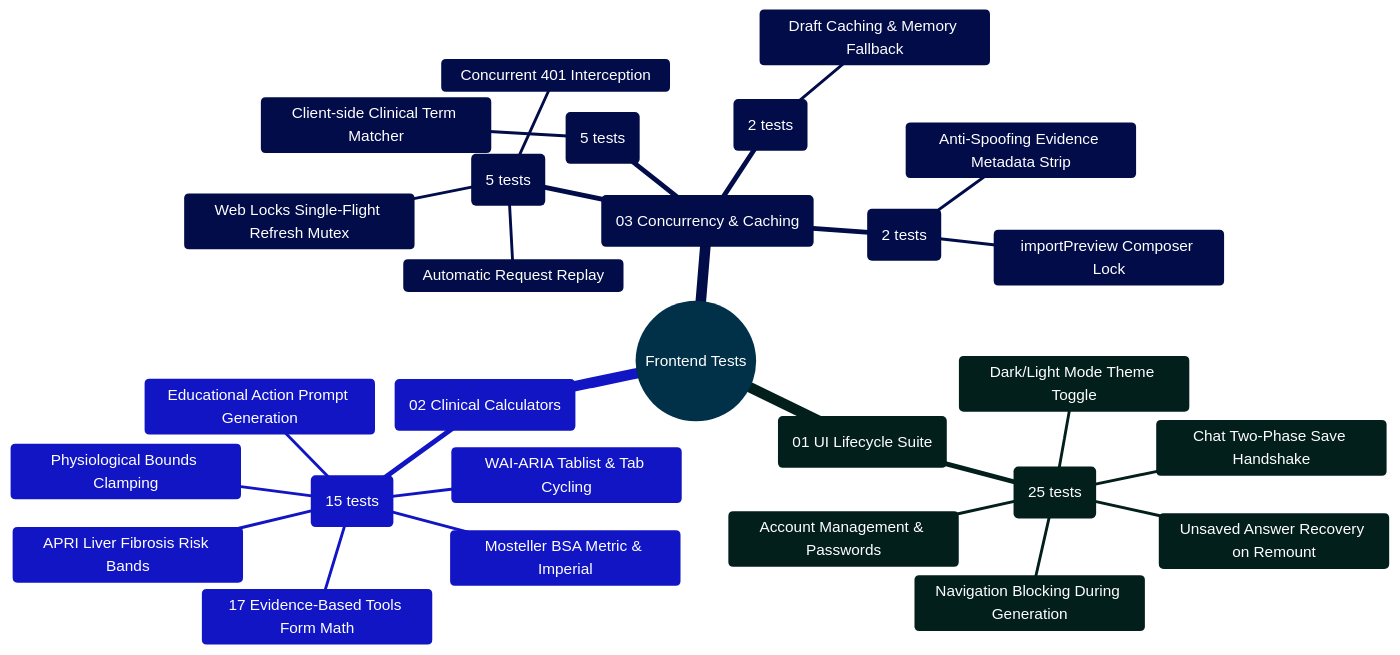
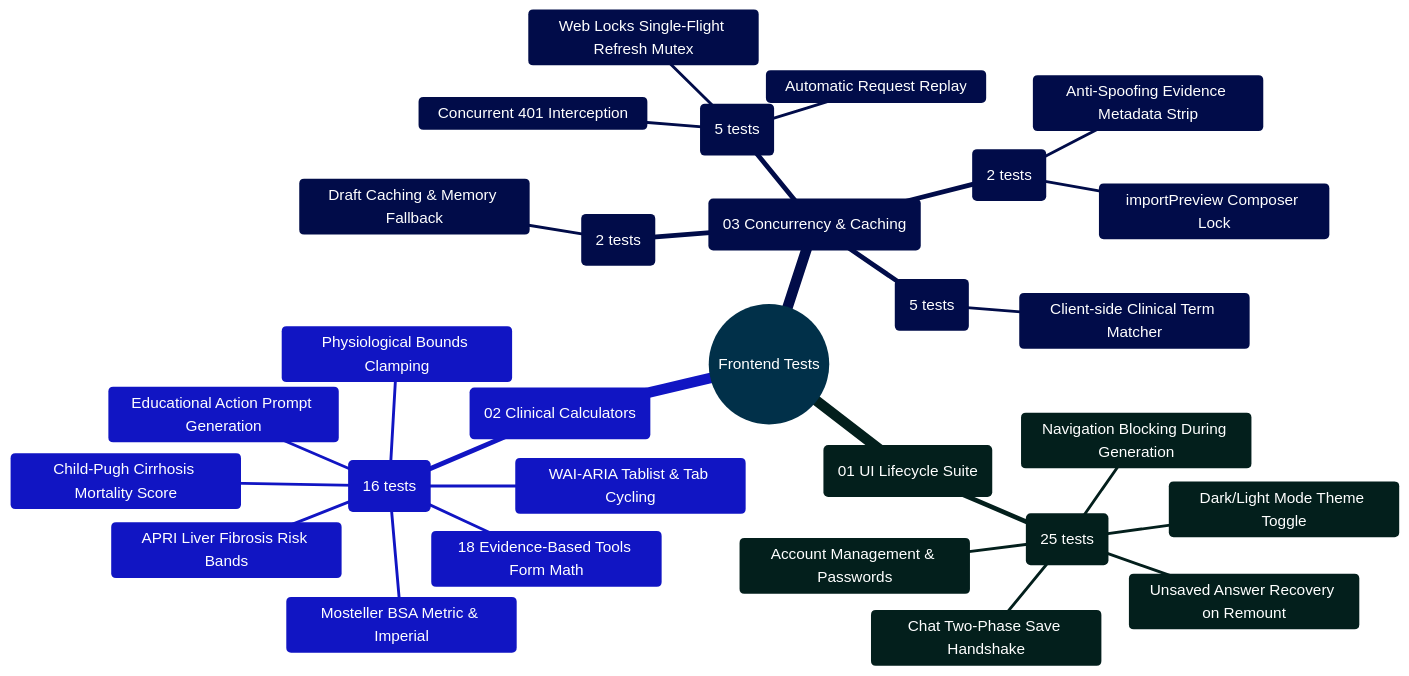
One commit to Ganesh172919/React-App-LLM changed the diagram in frontend/src/test/README.md. Above: the diagram before and after it, drawn with Mermaid. The commit also changed other lines of this file and 19 other files, not shown here.

Commit message:
docs: synchronize complete production documentation across 20 files with 19 DDI rules, 18 clinical tools, and 206 automated checks

````diff
--- a/frontend/src/test/README.md
+++ b/frontend/src/test/README.md
@@ -53,33 +53,34 @@
 ```mermaid
 %%{init: {'theme': 'base', 'themeVariables': { 'primaryColor': '#0284c7', 'primaryTextColor': '#ffffff', 'primaryBorderColor': '#0369a1', 'lineColor': '#0284c7', 'secondaryColor': '#0d9488', 'tertiaryColor': '#6366f1' }}}%%
 mindmap
   root((Frontend Tests))
     ::icon(fa fa-vial)
     (01 UI Lifecycle Suite)
       ui.test.jsx (25 tests)
         Account Management & Passwords
         Chat Two-Phase Save Handshake
         Navigation Blocking During Generation
         Unsaved Answer Recovery on Remount
         Dark/Light Mode Theme Toggle
     (02 Clinical Calculators)
-      clinicalCalculators.test.jsx (15 tests)
-        17 Evidence-Based Tools Form Math
+      clinicalCalculators.test.jsx (16 tests)
+        18 Evidence-Based Tools Form Math
         Physiological Bounds Clamping
         Mosteller BSA Metric & Imperial
         APRI Liver Fibrosis Risk Bands
+        Child-Pugh Cirrhosis Mortality Score
         WAI-ARIA Tablist & Tab Cycling
         Educational Action Prompt Generation
     (03 Concurrency & Caching)
       api.test.js (5 tests)
         Web Locks Single-Flight Refresh Mutex
         Concurrent 401 Interception
         Automatic Request Replay
       tabStorage.test.js (2 tests)
         Draft Caching & Memory Fallback
       conversationImport.test.js (2 tests)
         Anti-Spoofing Evidence Metadata Strip
         importPreview Composer Lock
       medicalDetector.test.js (5 tests)
         Client-side Clinical Term Matcher
 ```
````
